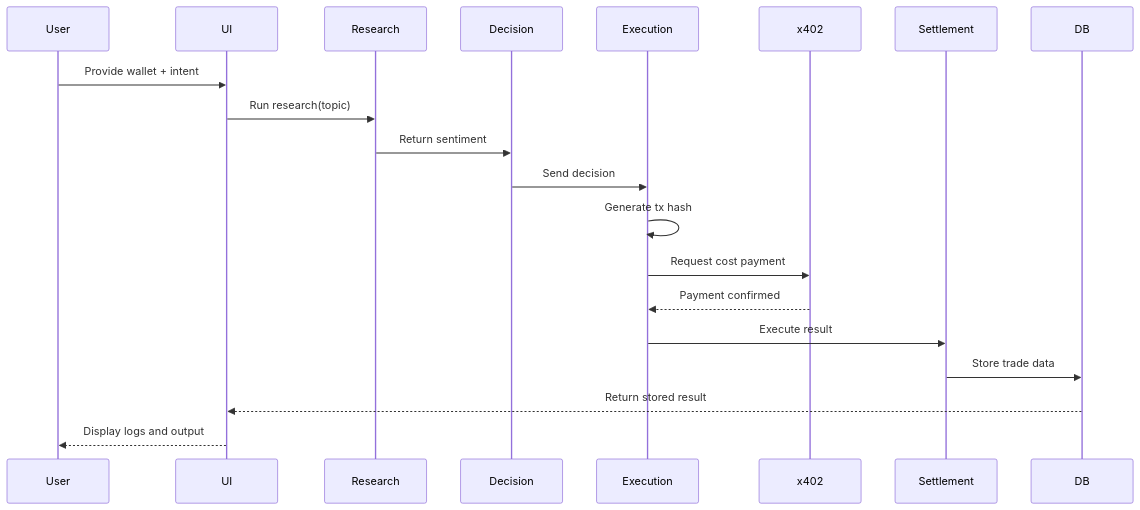
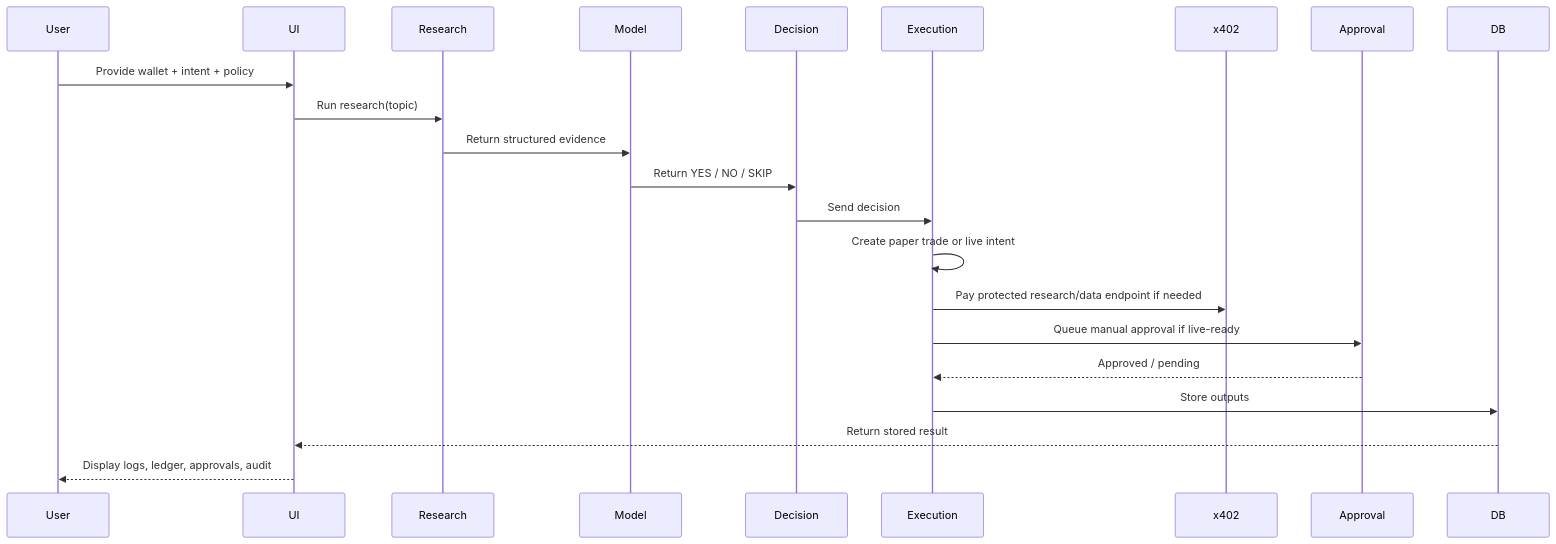
The third of 3 diagrams in README.md (855princekumar/elseflow), drawn with Mermaid before and after one commit. The commit also changed other lines of this file and 45 other files, not shown here.

````diff
--- a/README.md
+++ b/README.md
@@ -365,23 +430,25 @@
 ```mermaid
 sequenceDiagram
     participant User
     participant UI
     participant Research
+    participant Model
     participant Decision
     participant Execution
     participant x402
-    participant Settlement
+    participant Approval
     participant DB
 
-    User->>UI: Provide wallet + intent
+    User->>UI: Provide wallet + intent + policy
     UI->>Research: Run research(topic)
-    Research->>Decision: Return sentiment
+    Research->>Model: Return structured evidence
+    Model->>Decision: Return YES / NO / SKIP
     Decision->>Execution: Send decision
-    Execution->>Execution: Generate tx hash
-    Execution->>x402: Request cost payment
-    x402-->>Execution: Payment confirmed
-    Execution->>Settlement: Execute result
-    Settlement->>DB: Store trade data
+    Execution->>Execution: Create paper trade or live intent
+    Execution->>x402: Pay protected research/data endpoint if needed
+    Execution->>Approval: Queue manual approval if live-ready
+    Approval-->>Execution: Approved / pending
+    Execution->>DB: Store outputs
     DB-->>UI: Return stored result
-    UI-->>User: Display logs and output
+    UI-->>User: Display logs, ledger, approvals, audit
 ```
````
